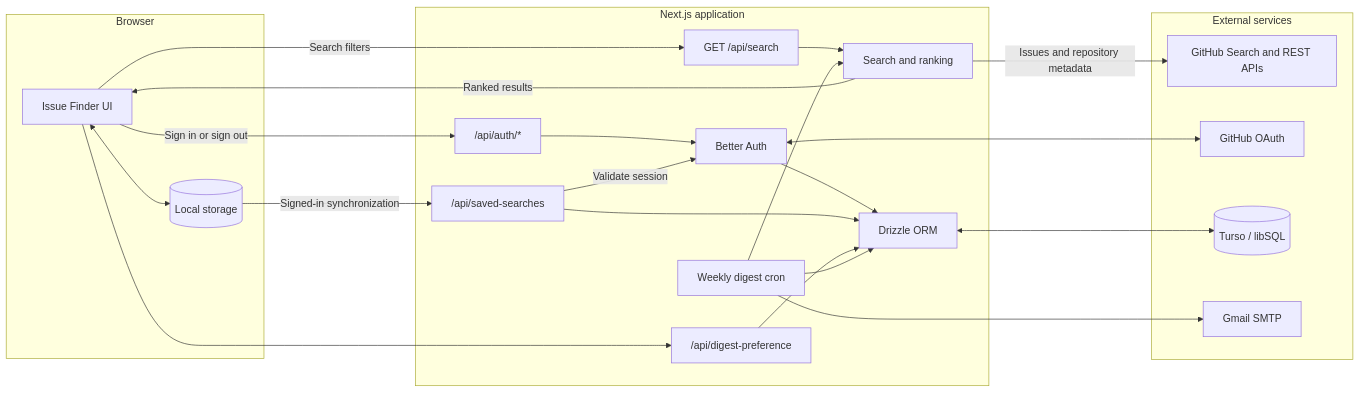
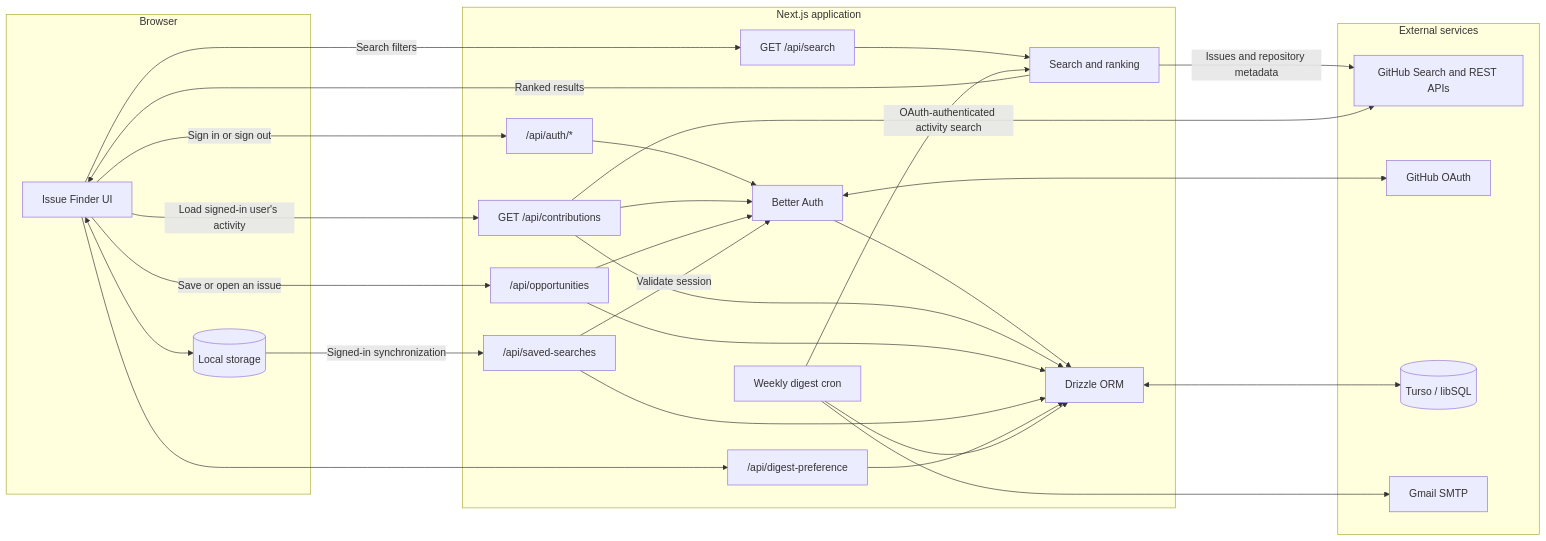
The diagram in doc/architecture.md (PramudithaN/openissue.dev), drawn with Mermaid before and after one commit. The commit also changed other lines of this file and 21 other files, not shown here.

````diff
--- a/doc/architecture.md
+++ b/doc/architecture.md
@@ -7,46 +7,55 @@
 ```mermaid
 flowchart LR
   subgraph Client[Browser]
     UI[Issue Finder UI]
     Local[(Local storage)]
     UI <--> Local
   end
 
   subgraph App[Next.js application]
     SearchAPI["GET /api/search"]
     SearchService[Search and ranking]
     AuthAPI["/api/auth/*"]
     BetterAuth[Better Auth]
     SavedAPI["/api/saved-searches"]
+    ContributionAPI["GET /api/contributions"]
+    OpportunityAPI["/api/opportunities"]
     DigestAPI["/api/digest-preference"]
     DigestCron["Weekly digest cron"]
     Drizzle[Drizzle ORM]
   end
 
   subgraph External[External services]
     GitHubAPI[GitHub Search and REST APIs]
     GitHubOAuth[GitHub OAuth]
     Turso[(Turso / libSQL)]
     EmailAPI[Gmail SMTP]
   end
 
   UI -->|Search filters| SearchAPI
   SearchAPI --> SearchService
   SearchService -->|Issues and repository metadata| GitHubAPI
   SearchService -->|Ranked results| UI
 
   UI -->|Sign in or sign out| AuthAPI
   AuthAPI --> BetterAuth
   BetterAuth <--> GitHubOAuth
   BetterAuth --> Drizzle
+  UI -->|Load signed-in user's activity| ContributionAPI
+  ContributionAPI --> BetterAuth
+  ContributionAPI --> Drizzle
+  ContributionAPI -->|OAuth-authenticated activity search| GitHubAPI
+  UI -->|Save or open an issue| OpportunityAPI
+  OpportunityAPI --> BetterAuth
+  OpportunityAPI --> Drizzle
 
   Local -->|Signed-in synchronization| SavedAPI
   SavedAPI -->|Validate session| BetterAuth
   SavedAPI --> Drizzle
   UI --> DigestAPI
   DigestAPI --> Drizzle
   DigestCron --> Drizzle
   DigestCron --> SearchService
   DigestCron --> EmailAPI
   Drizzle <--> Turso
 ```
````
